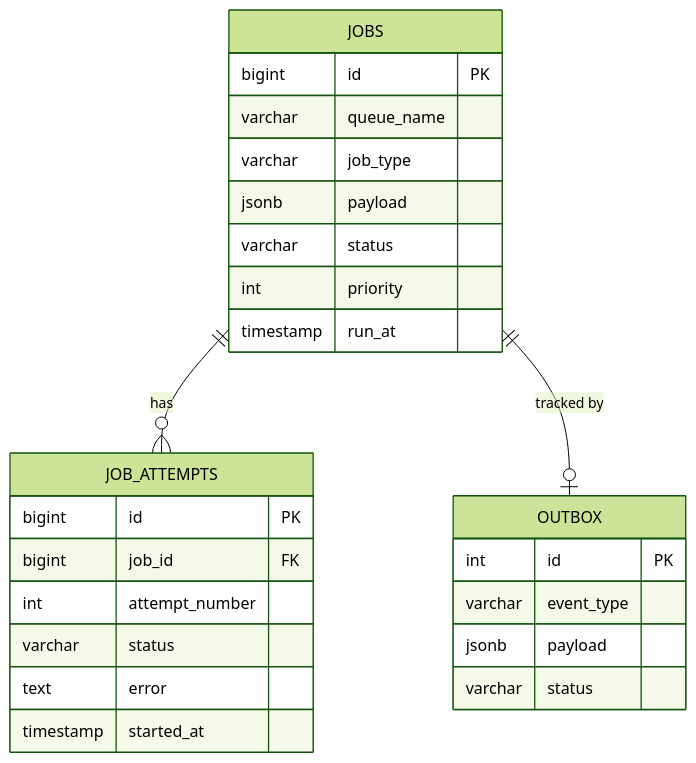
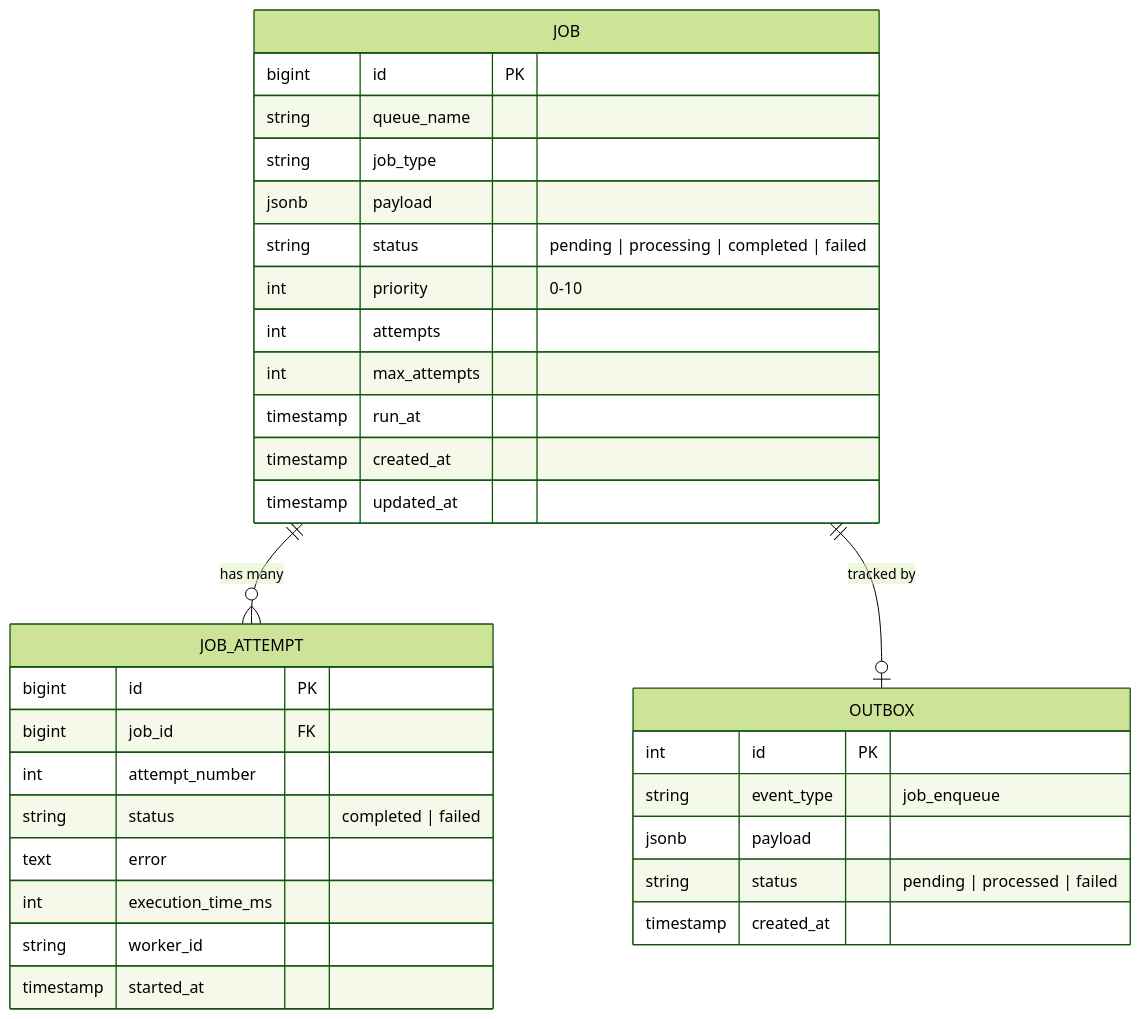
Before and after one commit to PM2110/pulsar: the diagram in docs/database-schema.md, drawn with Mermaid (forest theme). The commit also changed other lines of this file and 7 other files, not shown here.

````diff
--- a/docs/database-schema.md
+++ b/docs/database-schema.md
@@ -7,31 +16,38 @@
 ```mermaid
 erDiagram
-    JOBS ||--o{ JOB_ATTEMPTS : has
-    JOBS ||--o| OUTBOX : "tracked by"
+    JOB ||--o{ JOB_ATTEMPT : "has many"
+    JOB ||--o| OUTBOX : "tracked by"
     
-    JOBS {
+    JOB {
         bigint id PK
-        varchar queue_name
-        varchar job_type
+        string queue_name
+        string job_type
         jsonb payload
-        varchar status
-        int priority
+        string status "pending | processing | completed | failed"
+        int priority "0-10"
+        int attempts
+        int max_attempts
         timestamp run_at
+        timestamp created_at
+        timestamp updated_at
     }
     
-    JOB_ATTEMPTS {
+    JOB_ATTEMPT {
         bigint id PK
         bigint job_id FK
         int attempt_number
-        varchar status
+        string status "completed | failed"
         text error
+        int execution_time_ms
+        string worker_id
         timestamp started_at
     }
 
     OUTBOX {
         int id PK
-        varchar event_type
+        string event_type "job_enqueue"
         jsonb payload
-        varchar status
+        string status "pending | processed | failed"
+        timestamp created_at
     }
 ```
````
